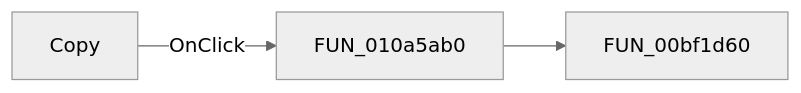
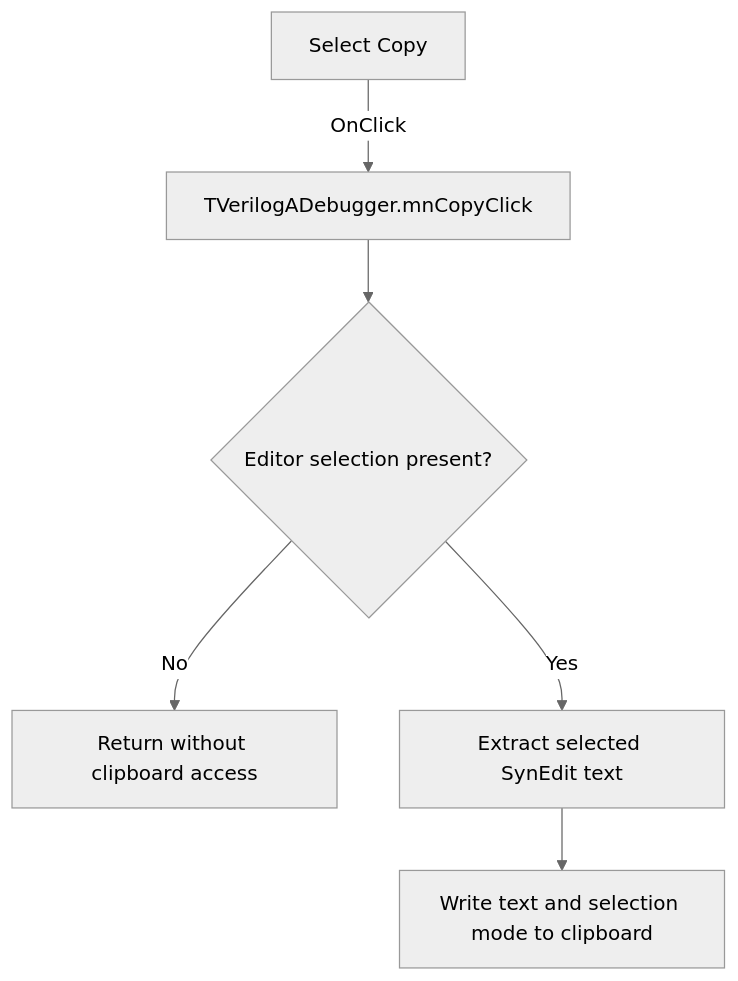
One commit to MovGP0/TIARA changed the diagram in docs/ui-controls/verilogadebugger/mncopy-089edd9779.md. Above: the diagram before and after it, drawn with Mermaid (neutral theme). The commit also changed other lines of this file and 1062 other files, not shown here.

````diff
--- a/docs/ui-controls/verilogadebugger/mncopy-089edd9779.md
+++ b/docs/ui-controls/verilogadebugger/mncopy-089edd9779.md
@@ -27,5 +29,8 @@
 ```mermaid
-flowchart LR
-    control["Copy"] -->|OnClick| handler["FUN_010a5ab0"]
-    handler --> call1["FUN_00bf1d60"]
+flowchart TD
+    control["Select Copy"] -->|"OnClick"| handler["TVerilogADebugger.mnCopyClick"]
+    handler --> selection{"Editor selection present?"}
+    selection -->|"No"| unchanged["Return without clipboard access"]
+    selection -->|"Yes"| extract["Extract selected SynEdit text"]
+    extract --> clipboard["Write text and selection mode to clipboard"]
 ```
````
